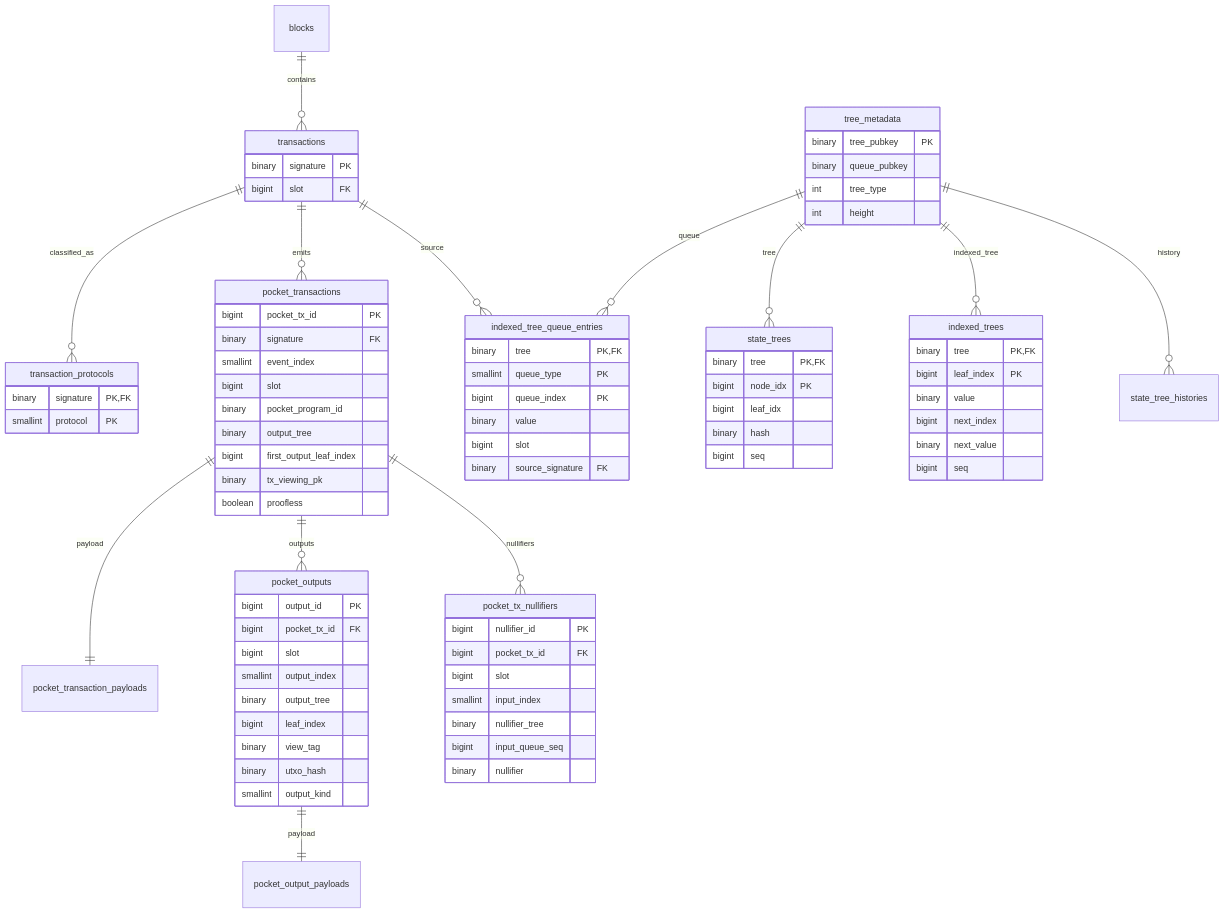
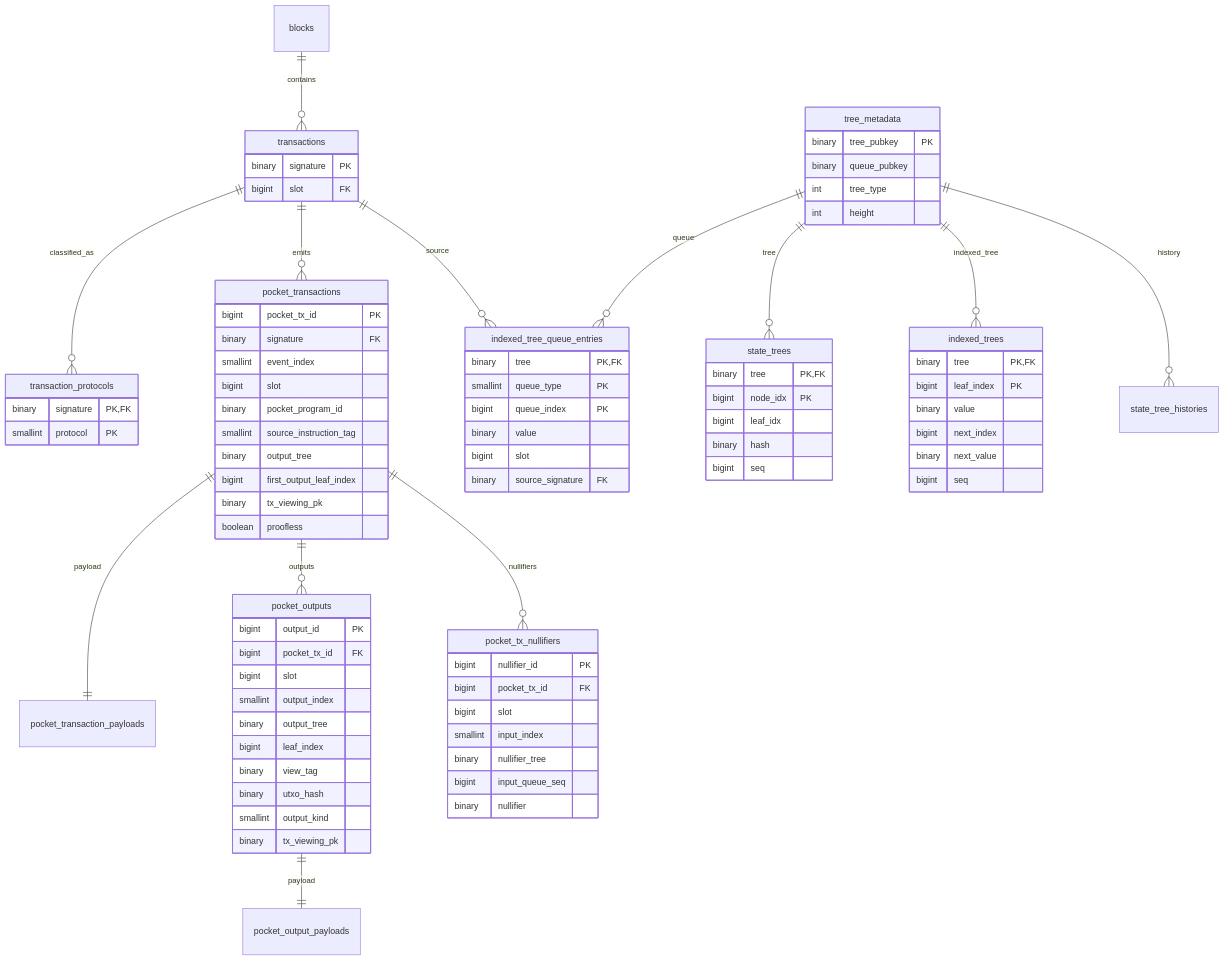
The diagram in docs/photon.md (helius-labs/zolana), drawn with Mermaid before and after one commit. The commit also changed other lines of this file, not shown here.

First line of the commit message:
docs(photon): fix ERD/SQL consistency and stale QueueType references

```diff
--- a/docs/photon.md
+++ b/docs/photon.md
@@ -101,6 +101,7 @@
         smallint event_index
         bigint slot
         binary pocket_program_id
+        smallint source_instruction_tag
         binary output_tree
         bigint first_output_leaf_index
         binary tx_viewing_pk
@@ -117,6 +118,7 @@
         binary view_tag
         binary utxo_hash
         smallint output_kind
+        binary tx_viewing_pk
     }
 
     pocket_tx_nullifiers {
```
